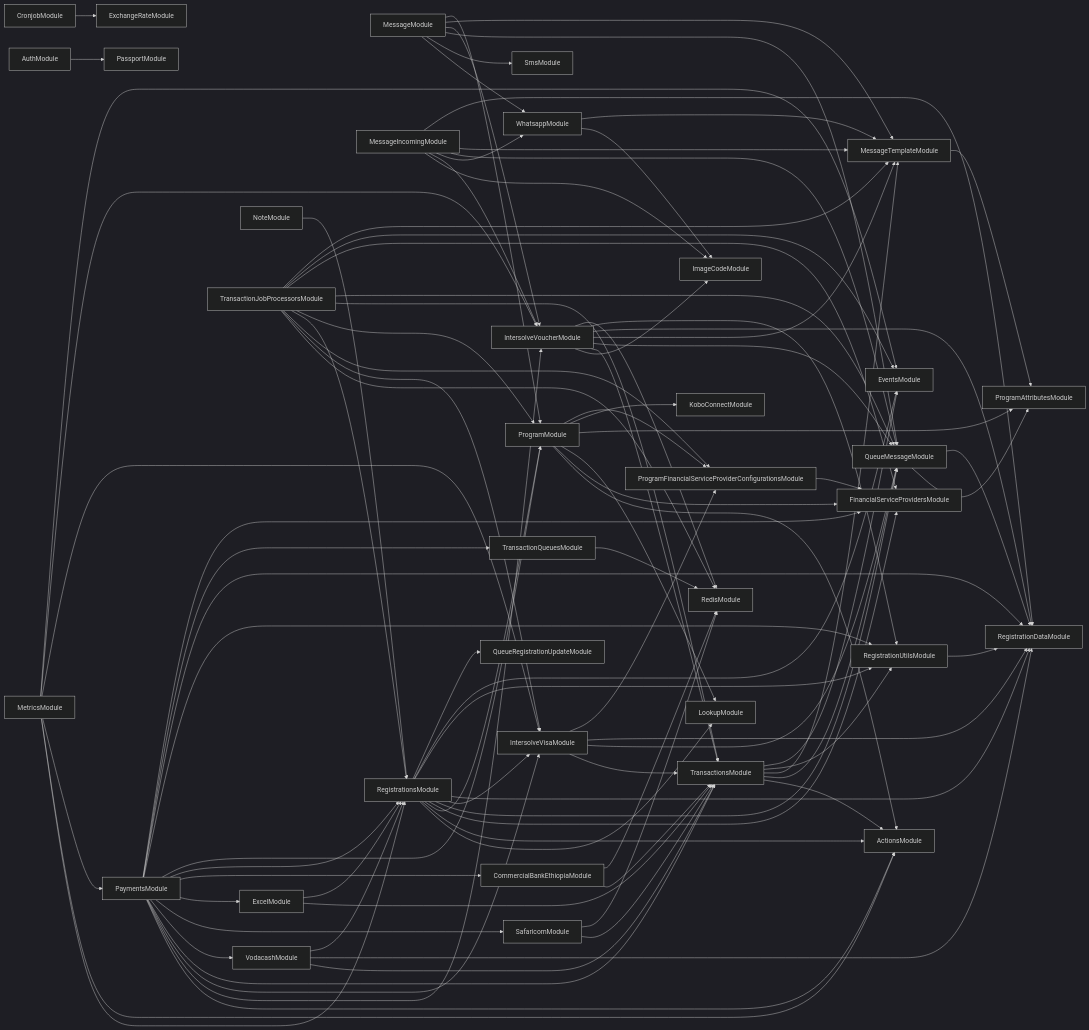
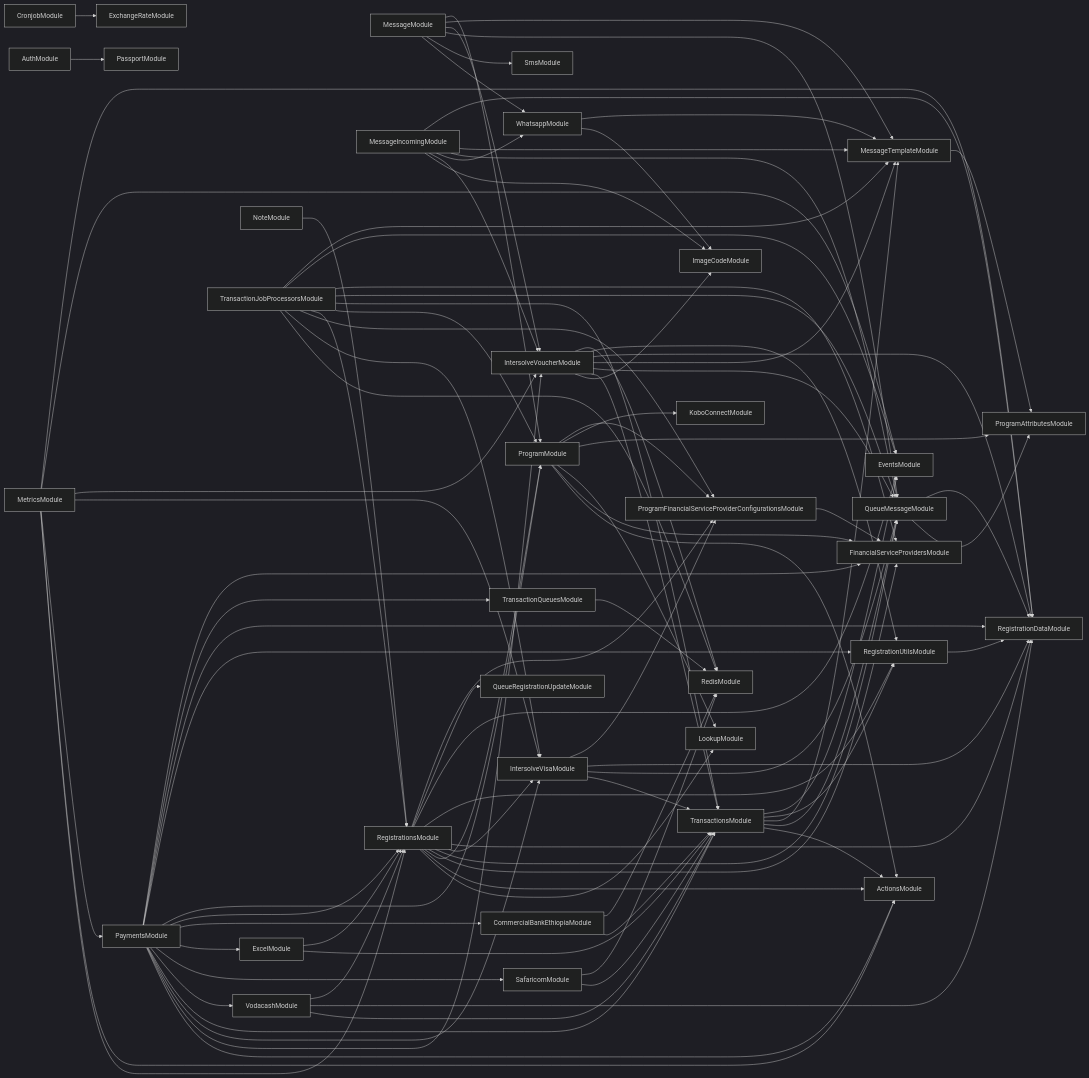
Before and after one commit to global-121/121-platform: the diagram in services/121-service/module-dependencies.md, drawn with Mermaid (dark theme). The commit also changed 21 other files, not shown here.

```diff
--- a/services/121-service/module-dependencies.md
+++ b/services/121-service/module-dependencies.md
@@ -49,6 +49,7 @@
   RegistrationsModule-->RegistrationUtilsModule
   RegistrationsModule-->EventsModule
   RegistrationsModule-->QueueRegistrationUpdateModule
+  RegistrationsModule-->ProgramFinancialServiceProviderConfigurationsModule
   MetricsModule-->ActionsModule
   MetricsModule-->PaymentsModule
   PaymentsModule-->ActionsModule
@@ -78,6 +79,7 @@
   MetricsModule-->IntersolveVisaModule
   MetricsModule-->IntersolveVoucherModule
   MetricsModule-->EventsModule
+  MetricsModule-->RegistrationDataModule
   MessageIncomingModule-->ImageCodeModule
   MessageIncomingModule-->IntersolveVoucherModule
   MessageIncomingModule-->WhatsappModule
```
